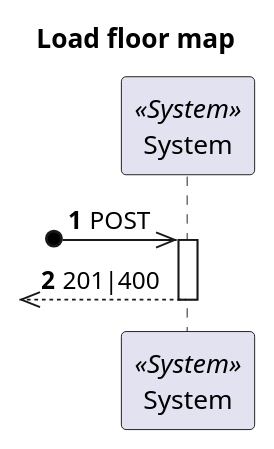
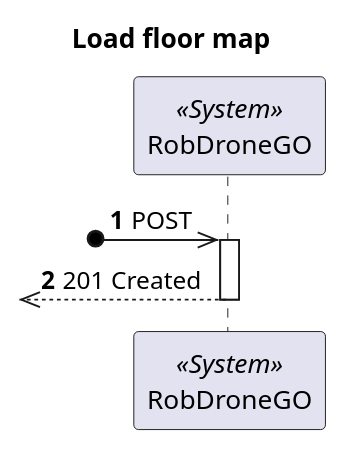
Before and after one commit to 1210910/lapr5: the diagram in docs/VistaProcesso/US230/ProcessView_Level1_US230.puml, drawn with PlantUML. The commit also changed 5 other files, not shown here.

```diff
--- a/docs/VistaProcesso/US230/ProcessView_Level1_US230.puml
+++ b/docs/VistaProcesso/US230/ProcessView_Level1_US230.puml
@@ -1,18 +1,18 @@
 @startuml
 'https://plantuml.com/sequence-diagram
 
 autonumber
 skinparam packageStyle rect
 
 title Load floor map
 
-participant "System" as Sys <<System>>
+participant "RobDroneGO" as Sys <<System>>
 
 ?o->> Sys : POST
 
 activate Sys
-?o<<-- Sys : 201|400
+?o<<-- Sys : 201 Created
 deactivate Sys
 
 
 @enduml
```
